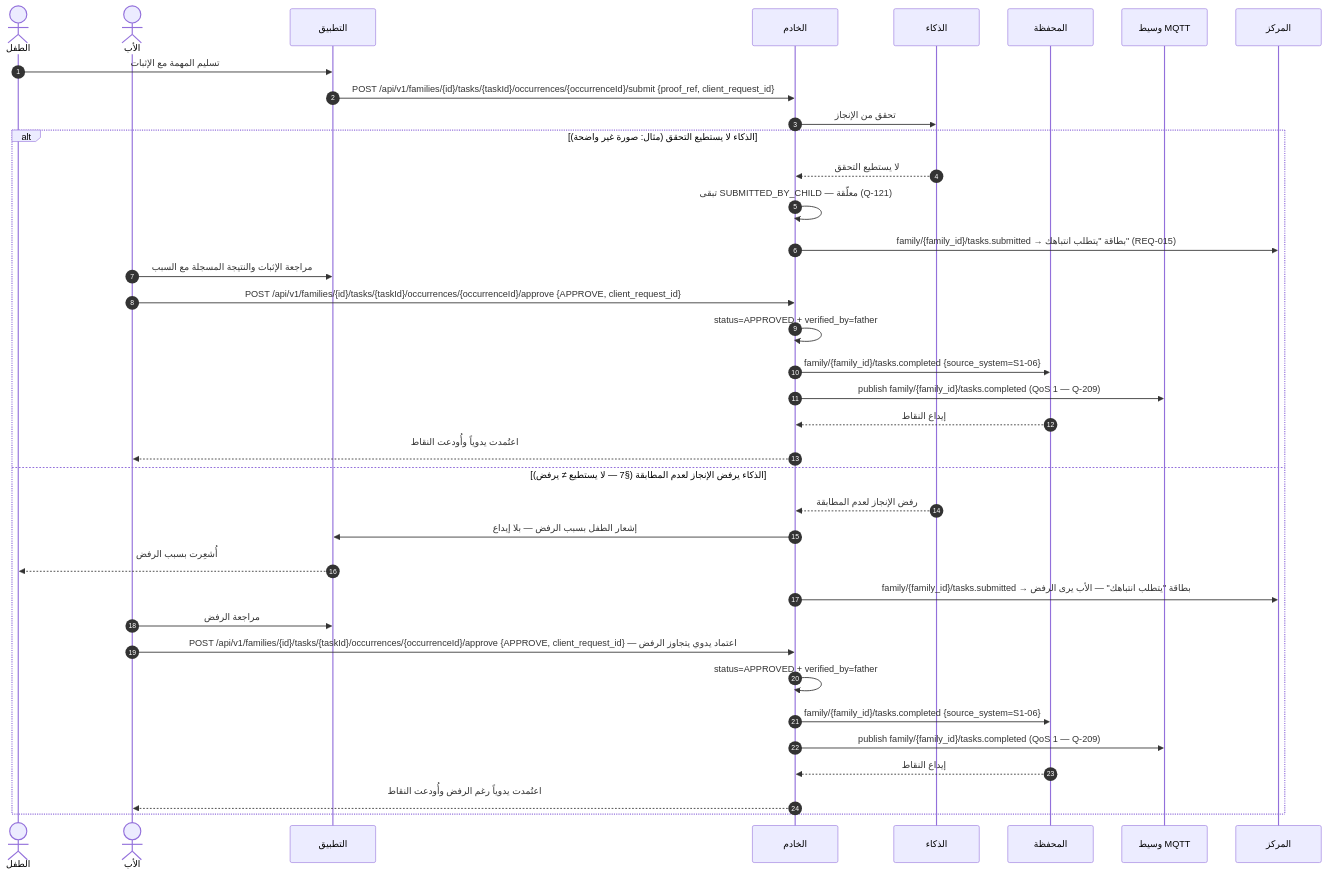
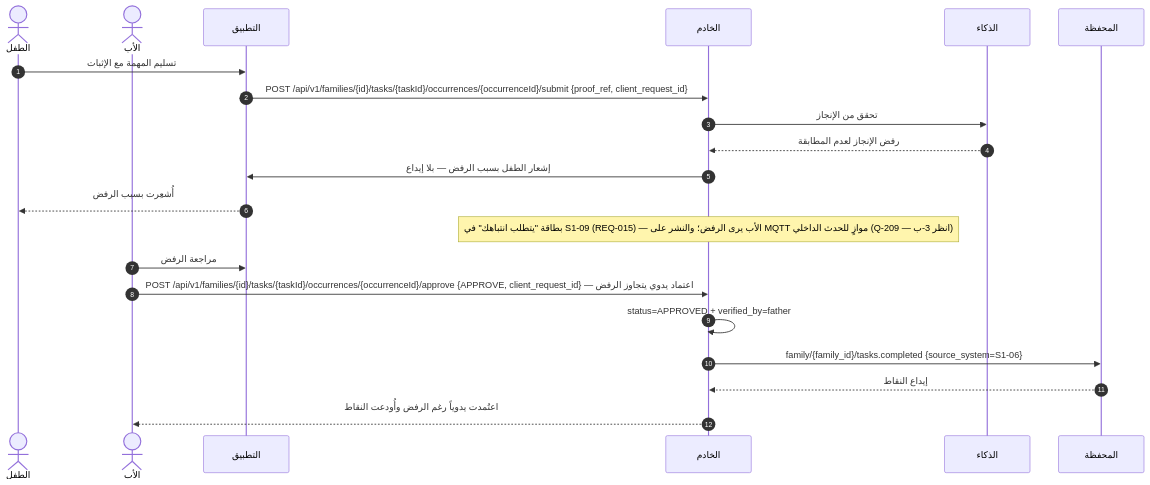
The seventh of 22 diagrams in docs/family-os/governance/phases/phase-1/S1-06-tasks-and-calendar/DIAGRAMS.md (Bassam-mohammed-alqaeadi/family-os-v2), drawn with Mermaid before and after one commit. The commit also changed other lines of this file, not shown here.

First line of the commit message:
Q-434 S1-06: content (REQ-018, Q-415/Q-419) + shape (13→22 blocks)

````diff
--- a/docs/family-os/governance/phases/phase-1/S1-06-tasks-and-calendar/DIAGRAMS.md
+++ b/docs/family-os/governance/phases/phase-1/S1-06-tasks-and-calendar/DIAGRAMS.md
@@ -245,39 +345,23 @@
 ```mermaid
 sequenceDiagram
     autonumber
     actor Child as الطفل
     actor Father as الأب
     participant App as التطبيق
     participant Ktor as الخادم
     participant AI as الذكاء
     participant S105 as المحفظة
-    participant MQTT as وسيط MQTT
-    participant S109 as المركز
     Child->>App: تسليم المهمة مع الإثبات
     App->>Ktor: POST /api/v1/families/{id}/tasks/{taskId}/occurrences/{occurrenceId}/submit {proof_ref, client_request_id}
     Ktor->>AI: تحقق من الإنجاز
-    alt الذكاء لا يستطيع التحقق (مثال: صورة غير واضحة)
-        AI-->>Ktor: لا يستطيع التحقق
-        Ktor->>Ktor: تبقى SUBMITTED_BY_CHILD — معلّقة (Q-121)
-        Ktor->>S109: family/{family_id}/tasks.submitted → بطاقة "يتطلب انتباهك" (REQ-015)
-        Father->>App: مراجعة الإثبات والنتيجة المسجلة مع السبب
-        Father->>Ktor: POST /api/v1/families/{id}/tasks/{taskId}/occurrences/{occurrenceId}/approve {APPROVE, client_request_id}
-        Ktor->>Ktor: status=APPROVED + verified_by=father
-        Ktor->>S105: family/{family_id}/tasks.completed {source_system=S1-06}
-        Ktor->>MQTT: publish family/{family_id}/tasks.completed (QoS 1 — Q-209)
-        S105-->>Ktor: إيداع النقاط
-        Ktor-->>Father: اعتُمدت يدوياً وأُودعت النقاط
-    else الذكاء يرفض الإنجاز لعدم المطابقة (§7 — لا يستطيع ≠ يرفض)
-        AI-->>Ktor: رفض الإنجاز لعدم المطابقة
-        Ktor->>App: إشعار الطفل بسبب الرفض — بلا إيداع
-        App-->>Child: أُشعِرت بسبب الرفض
-        Ktor->>S109: family/{family_id}/tasks.submitted → بطاقة "يتطلب انتباهك" — الأب يرى الرفض
-        Father->>App: مراجعة الرفض
-        Father->>Ktor: POST /api/v1/families/{id}/tasks/{taskId}/occurrences/{occurrenceId}/approve {APPROVE, client_request_id} — اعتماد يدوي يتجاوز الرفض
-        Ktor->>Ktor: status=APPROVED + verified_by=father
-        Ktor->>S105: family/{family_id}/tasks.completed {source_system=S1-06}
-        Ktor->>MQTT: publish family/{family_id}/tasks.completed (QoS 1 — Q-209)
-        S105-->>Ktor: إيداع النقاط
-        Ktor-->>Father: اعتُمدت يدوياً رغم الرفض وأُودعت النقاط
-    end
+    AI-->>Ktor: رفض الإنجاز لعدم المطابقة
+    Ktor->>App: إشعار الطفل بسبب الرفض — بلا إيداع
+    App-->>Child: أُشعِرت بسبب الرفض
+    Note over Ktor: بطاقة "يتطلب انتباهك" في S1-09 (REQ-015) — الأب يرى الرفض؛ والنشر على MQTT موازٍ للحدث الداخلي (Q-209 — انظر 3-ب)
+    Father->>App: مراجعة الرفض
+    Father->>Ktor: POST /api/v1/families/{id}/tasks/{taskId}/occurrences/{occurrenceId}/approve {APPROVE, client_request_id} — اعتماد يدوي يتجاوز الرفض
+    Ktor->>Ktor: status=APPROVED + verified_by=father
+    Ktor->>S105: family/{family_id}/tasks.completed {source_system=S1-06}
+    S105-->>Ktor: إيداع النقاط
+    Ktor-->>Father: اعتُمدت يدوياً رغم الرفض وأُودعت النقاط
 ```
````
